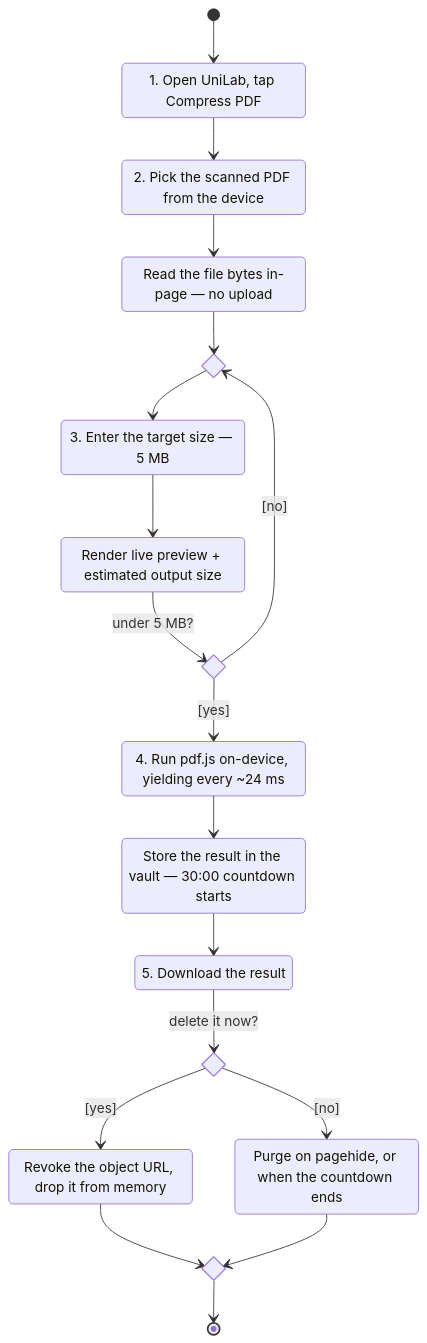
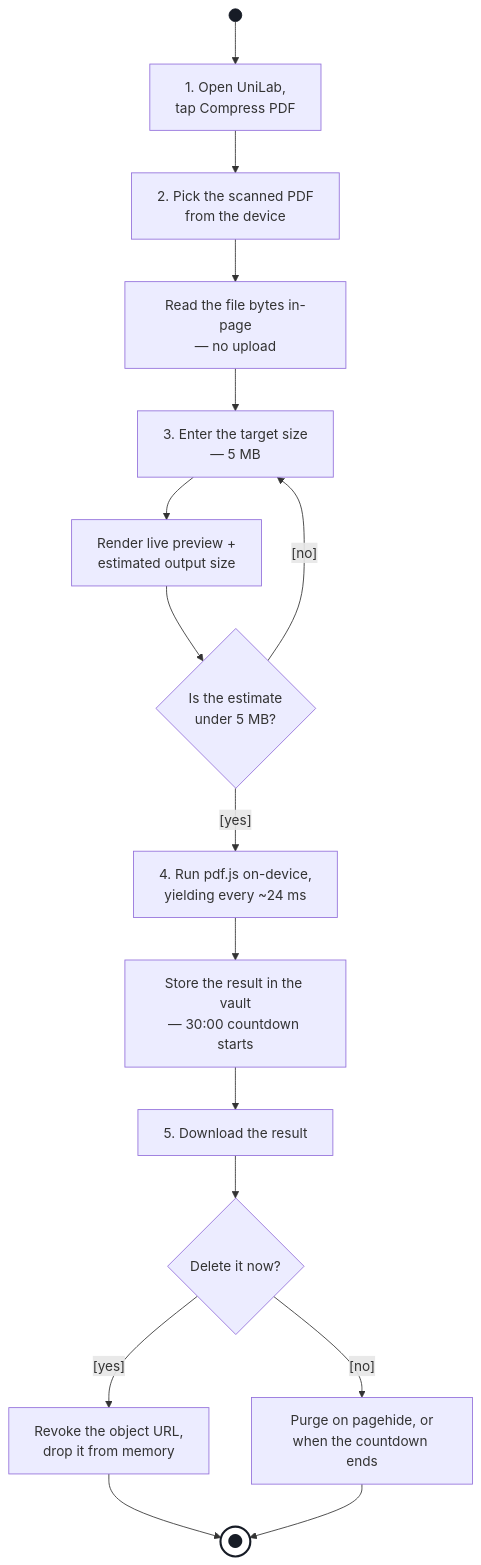
Before and after one commit to Thiha-Lynn/unilab: the third of 3 diagrams in .docs/02-design/diagrams.md, drawn with Mermaid. The commit also changed other lines of this file and 2 other files, not shown here.

First paragraph of the commit message:
D4: remove the merge diamonds, rebuild as a flowchart
Reported from the render: the diamond above step 3 should go, and both
arrows - from "Read the file bytes" and from the [no] branch - should
enter step 3 directly.

````diff
--- a/.docs/02-design/diagrams.md
+++ b/.docs/02-design/diagrams.md
@@ -197,45 +197,26 @@
 ```mermaid
-stateDiagram-v2
-    direction TB
+flowchart TB
+    START(( ))
+    S1["1. Open UniLab,<br/>tap Compress PDF"]
+    S2["2. Pick the scanned PDF<br/>from the device"]
+    READ["Read the file bytes in-page<br/>— no upload"]
+    S3["3. Enter the target size<br/>— 5 MB"]
+    EST["Render live preview +<br/>estimated output size"]
+    CAP{"Is the estimate<br/>under 5 MB?"}
+    S4["4. Run pdf.js on-device,<br/>yielding every ~24 ms"]
+    STORE["Store the result in the vault<br/>— 30:00 countdown starts"]
+    S5["5. Download the result"]
+    DISP{"Delete it now?"}
+    DEL["Revoke the object URL,<br/>drop it from memory"]
+    EXP["Purge on pagehide, or<br/>when the countdown ends"]
+    FINAL(("●"))
 
-    %% Two decisions and two merges. Declared before use so mermaid renders every
-    %% one as a UML diamond rather than turning a forward reference into a box.
-    state retarget  <<choice>>
-    state under_cap <<choice>>
-    state disposal  <<choice>>
-    state rejoin    <<choice>>
+    START --> S1 --> S2 --> READ --> S3 --> EST --> CAP
+    CAP -- "[no]" --> S3
+    CAP -- "[yes]" --> S4 --> STORE --> S5 --> DISP
+    DISP -- "[yes]" --> DEL --> FINAL
+    DISP -- "[no]" --> EXP --> FINAL
 
-    OpenTool  : 1. Open UniLab, tap Compress PDF
-    PickFile  : 2. Pick the scanned PDF from the device
-    ReadLocal : Read the file bytes in-page — no upload
-    SetTarget : 3. Enter the target size — 5 MB
-    Estimate  : Render live preview + estimated output size
-    Compress  : 4. Run pdf.js on-device, yielding every ~24 ms
-    Store     : Store the result in the vault — 30:00 countdown starts
-    Download  : 5. Download the result
-    DeleteNow : Revoke the object URL, drop it from memory
-    Expire    : Purge on pagehide, or when the countdown ends
-
-    [*] --> OpenTool
-    OpenTool --> PickFile
-    PickFile --> ReadLocal
-
-    ReadLocal --> retarget
-    retarget --> SetTarget
-    SetTarget --> Estimate
-
-    Estimate --> under_cap : under 5 MB?
-    under_cap --> Compress : [yes]
-    under_cap --> retarget : [no]
-
-    Compress --> Store
-    Store --> Download
-
-    Download --> disposal : delete it now?
-    disposal --> DeleteNow : [yes]
-    disposal --> Expire : [no]
-
-    DeleteNow --> rejoin
-    Expire --> rejoin
-    rejoin --> [*]
+    style START fill:#171c26,stroke:#171c26
+    style FINAL fill:#ffffff,stroke:#171c26,stroke-width:2.5px,color:#171c26,font-size:22px
 ```
````
